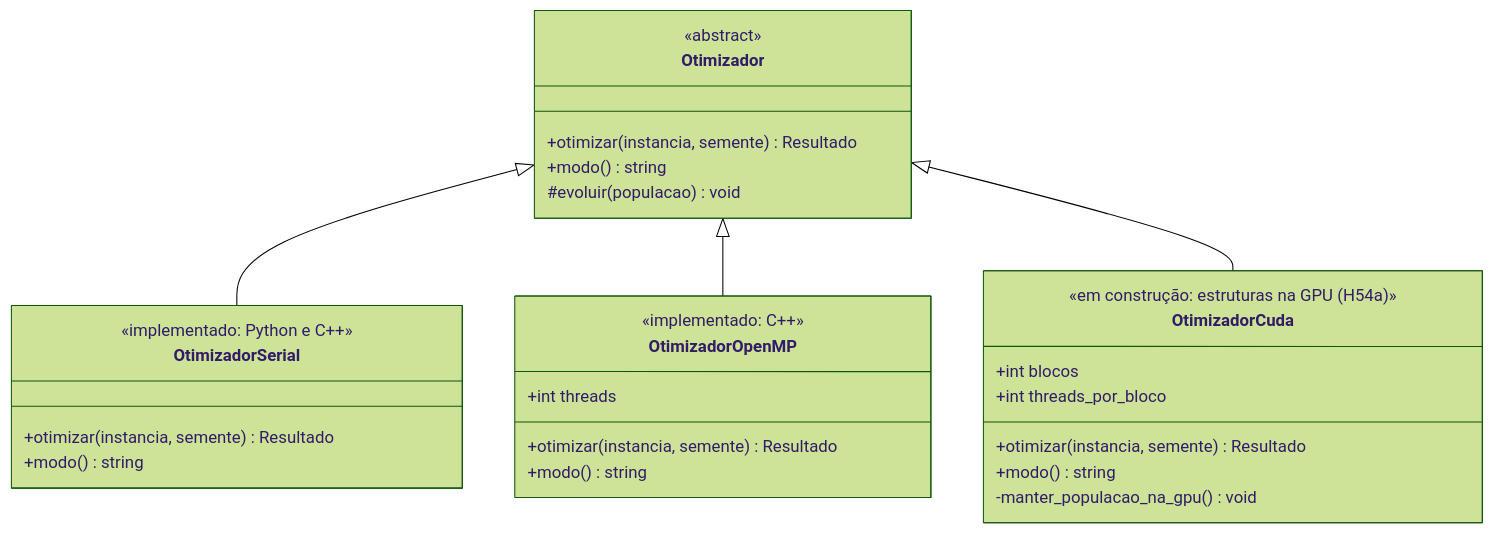
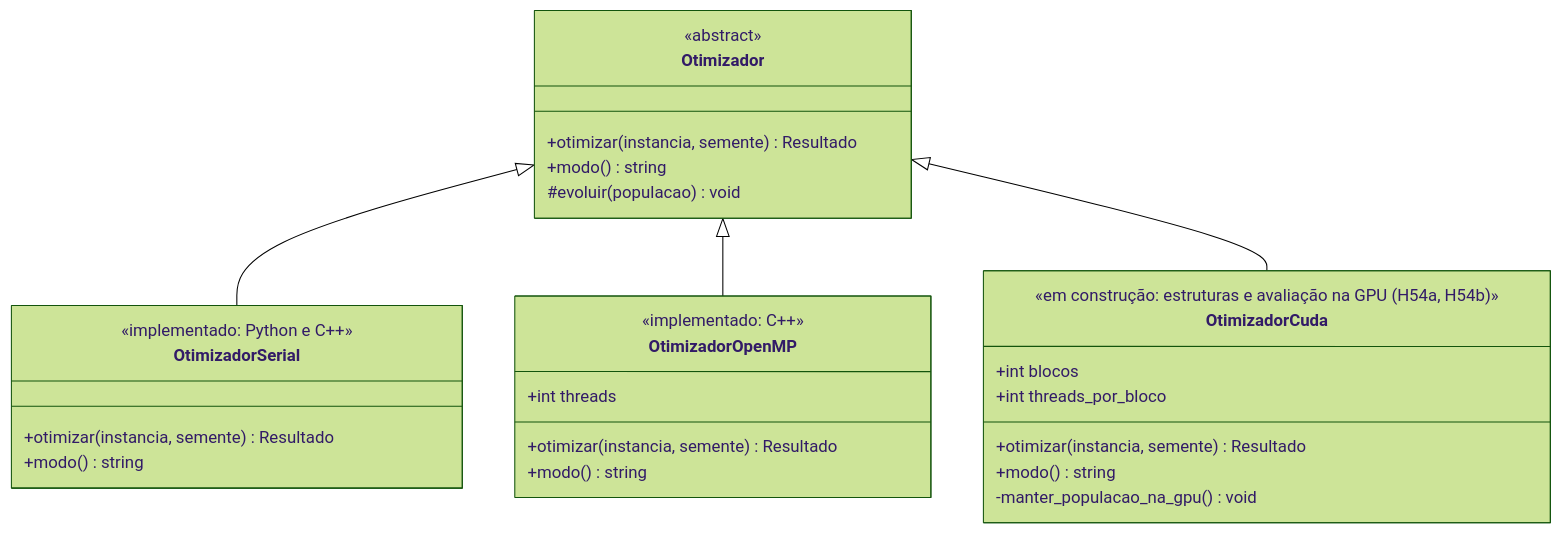
One commit to PedroMiranda243/gih-fabrica-de-software changed the eighth of 8 diagrams in docs/10-diagrama-de-classes.md. Above: the diagram before and after it, drawn with Mermaid (forest theme). The commit also changed 2 other files, not shown here.

Commit message:
docs: o kernel de avaliação, e como medir um kernel curto
Adendo à ADR-006: um bloco por indivíduo, inteiros em vez do float32
do spike — o resultado é igual, e não próximo —, e a avaliação como
função de dispositivo para a H54c. A ADR-012 deixa de dizer que o CUDA
é um arquivo só, e a docs/10 marca a avaliação na GPU. O CLAUDE.md
ganha a armadilha medida: kernel curto se mede em lote e com a placa
aquecida, senão mede o relógio da placa.

Refs #142

````diff
--- a/docs/10-diagrama-de-classes.md
+++ b/docs/10-diagrama-de-classes.md
@@ -622,37 +622,37 @@
 ```mermaid
 classDiagram
     direction TB
 
     class Otimizador {
         <<abstract>>
         +otimizar(instancia, semente) Resultado
         +modo() string
         #evoluir(populacao) void
     }
 
     class OtimizadorSerial {
         <<implementado: Python e C++>>
         +otimizar(instancia, semente) Resultado
         +modo() string
     }
 
     class OtimizadorOpenMP {
         <<implementado: C++>>
         +int threads
         +otimizar(instancia, semente) Resultado
         +modo() string
     }
 
     class OtimizadorCuda {
-        <<em construção: estruturas na GPU (H54a)>>
+        <<em construção: estruturas e avaliação na GPU (H54a, H54b)>>
         +int blocos
         +int threads_por_bloco
         +otimizar(instancia, semente) Resultado
         +modo() string
         -manter_populacao_na_gpu() void
     }
 
     Otimizador <|-- OtimizadorSerial
     Otimizador <|-- OtimizadorOpenMP
     Otimizador <|-- OtimizadorCuda
 ```
````
